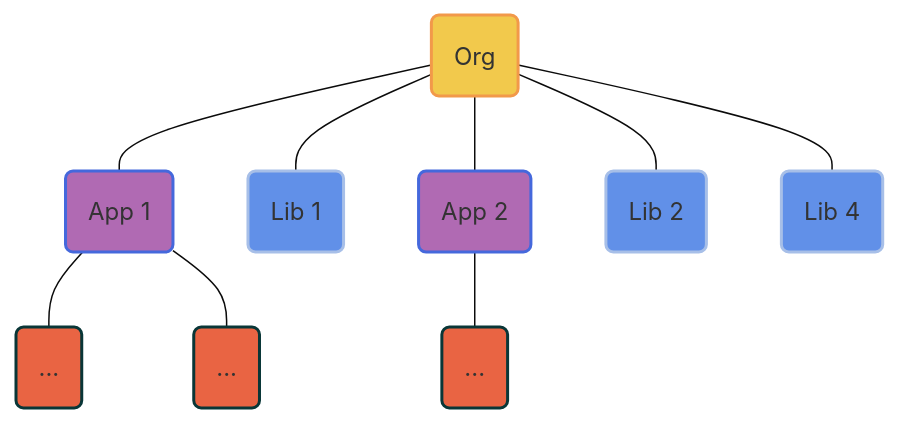
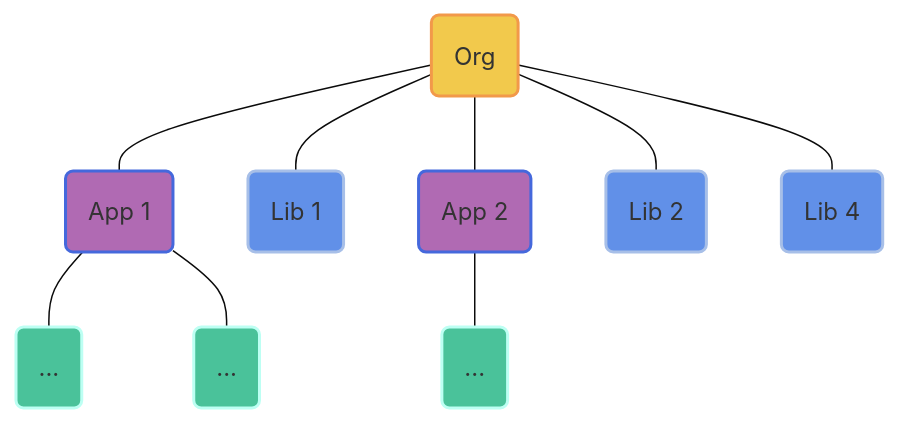
Before and after one commit to zhangmo8/lowcode-ppt: the diagram in slides.md, drawn with Mermaid (base theme). The commit also changed other lines of this file, not shown here.

````diff
--- a/slides.md
+++ b/slides.md
@@ -98,21 +109,21 @@
 ```mermaid {theme: 'default', scale: 0.8}
 graph TD
   A(Org) --- B(App 1)
   B --- G(...)
   B --- H(...)
   A --- C(Lib 1)
   A --- D(App 2)
   D --- I(...)
   A --- E(Lib 2)
   A --- F(Lib 4)
   style A fill:#F2C94C,stroke:#F2994A,stroke-width:2px
   style B fill:#B06AB3,stroke:#4568DC,stroke-width:2px
   style D fill:#B06AB3,stroke:#4568DC,stroke-width:2px
   style C fill:#6190E8,stroke:#A7BFE8,stroke-width:2px
   style E fill:#6190E8,stroke:#A7BFE8,stroke-width:2px
   style F fill:#6190E8,stroke:#A7BFE8,stroke-width:2px
-  style G fill:#e96443,stroke:#093637,stroke-width:2px
-  style H fill:#e96443,stroke:#093637,stroke-width:2px
-  style I fill:#e96443,stroke:#093637,stroke-width:2px
+  style G fill:#4AC29A,stroke:#BDFFF3,stroke-width:2px
+  style H fill:#4AC29A,stroke:#BDFFF3,stroke-width:2px
+  style I fill:#4AC29A,stroke:#BDFFF3,stroke-width:2px
 
 ```
````
